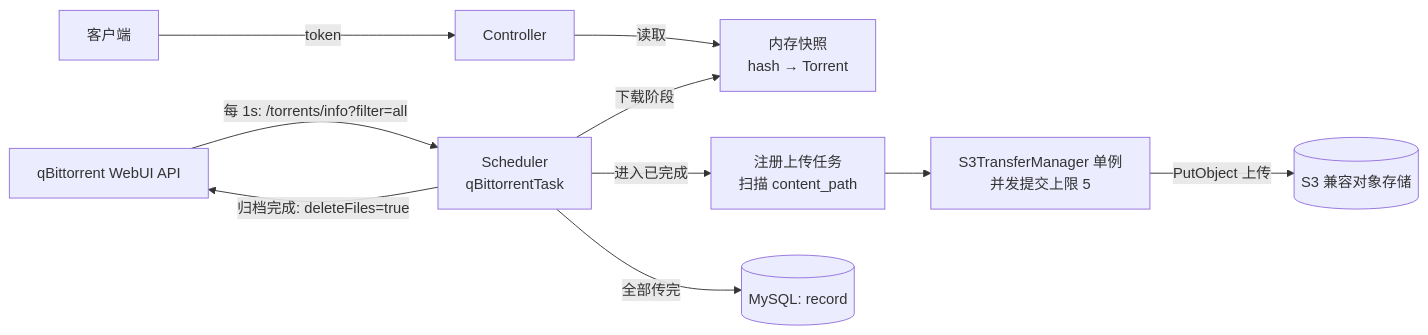
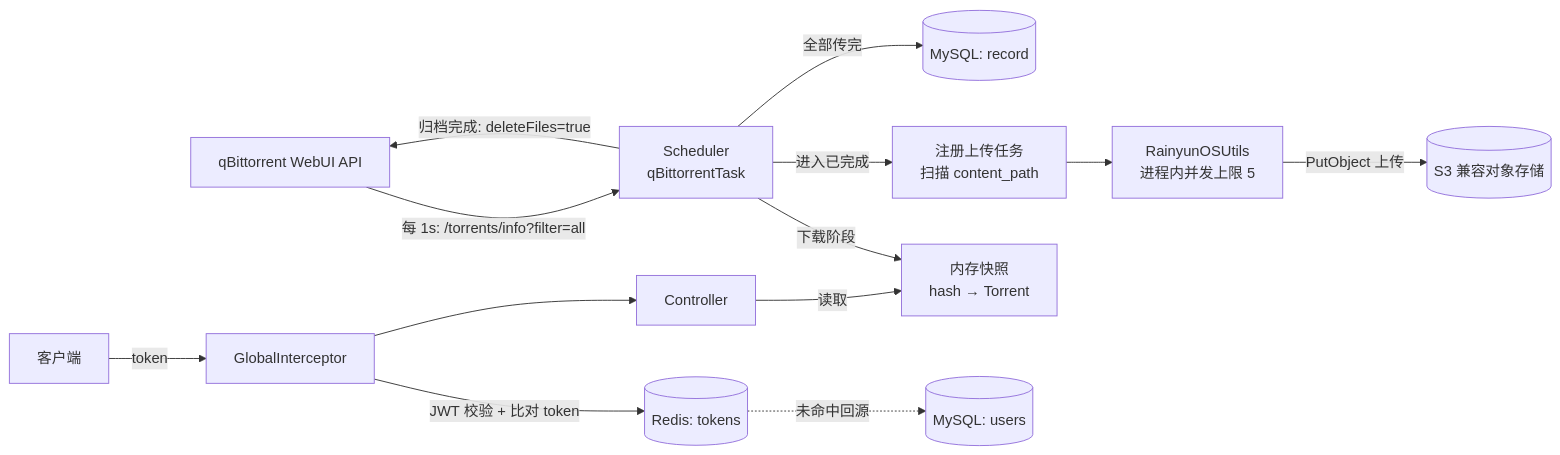
The diagram in README.md (zhuiqiuat/qBittorrentToRainyunOS), drawn with Mermaid before and after one commit. The commit also changed other lines of this file, not shown here.

````diff
--- a/README.md
+++ b/README.md
@@ -44,12 +52,14 @@
 ```mermaid
 flowchart LR
     Q[qBittorrent WebUI API] -->|每 1s: /torrents/info?filter=all| S[Scheduler<br/>qBittorrentTask]
     S -->|下载阶段| M1[内存快照<br/>hash → Torrent]
     S -->|进入已完成| R[注册上传任务<br/>扫描 content_path]
-    R --> U[S3TransferManager 单例<br/>并发提交上限 5]
+    R --> U[RainyunOSUtils<br/>进程内并发上限 5]
     U -->|PutObject 上传| O[(S3 兼容对象存储)]
     S -->|全部传完| DB[(MySQL: record)]
     S -->|归档完成: deleteFiles=true| Q
-    C[客户端] -->|token| API[Controller]
-    API -->|读取| M1
+    C[客户端] -->|token| I[GlobalInterceptor]
+    I -->|JWT 校验 + 比对 token| RD[(Redis: tokens)]
+    RD -.未命中回源.-> DB2[(MySQL: users)]
+    I --> API[Controller] -->|读取| M1
 ```
````
